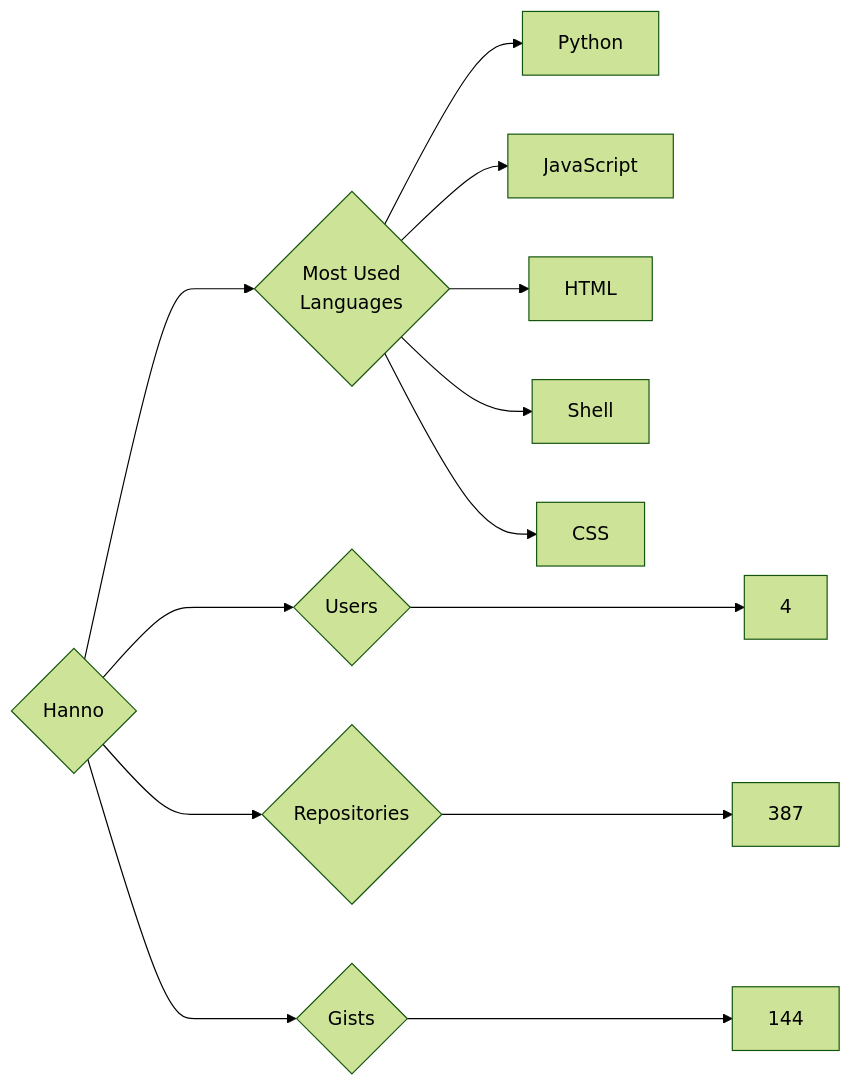
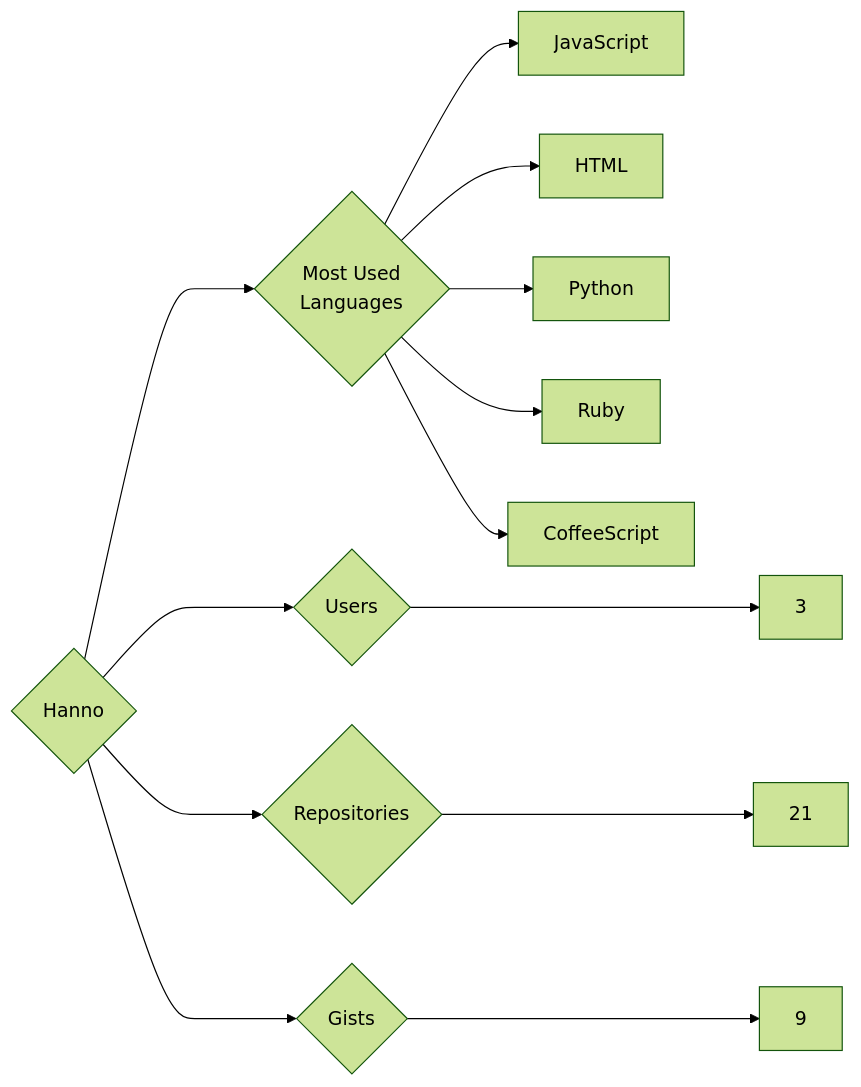
One commit to trickest/insiders changed the diagram in targets/Hanno/README.md. Above: the diagram before and after it, drawn with Mermaid (forest theme). The commit also changed 1149 other files, not shown here.

````diff
--- a/targets/Hanno/README.md
+++ b/targets/Hanno/README.md
@@ -3,13 +3,13 @@
 ```mermaid
 graph LR
 COMPANY_NAME{Hanno}
-COMPANY_NAME ---> U{Users} ---> UN[4]
-COMPANY_NAME ---> R{Repositories} ---> RN[387]
-COMPANY_NAME ---> G{Gists} ---> GN[144]
+COMPANY_NAME ---> U{Users} ---> UN[3]
+COMPANY_NAME ---> R{Repositories} ---> RN[21]
+COMPANY_NAME ---> G{Gists} ---> GN[9]
 COMPANY_NAME ---> ML{Most Used<br>Languages}
-ML --> Python[Python]
 ML --> JavaScript[JavaScript]
 ML --> HTML[HTML]
-ML --> Shell[Shell]
-ML --> CSS[CSS]
+ML --> Python[Python]
+ML --> Ruby[Ruby]
+ML --> CoffeeScript[CoffeeScript]
 ```
````
